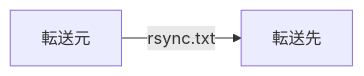
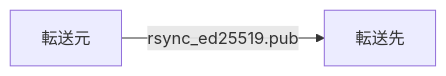
One commit to btbf/spojapanguild changed the second of 2 diagrams in docs/operation/rsync-ssh.md. Above: the diagram before and after it, drawn with Mermaid. The commit also changed other lines of this file, not shown here.

Commit message:
rsync userpath fixed

````diff
--- a/docs/operation/rsync-ssh.md
+++ b/docs/operation/rsync-ssh.md
@@ -91,4 +92,4 @@
     ``` mermaid
     graph LR
-        A[転送元] -->|rsync.txt| B[転送先];
+        A[転送元] -->|rsync_ed25519.pub| B[転送先];
     ``` 
````
